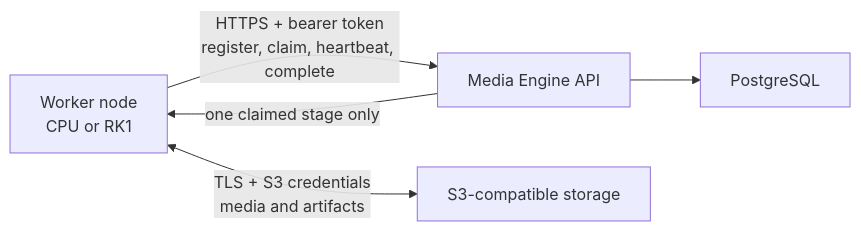
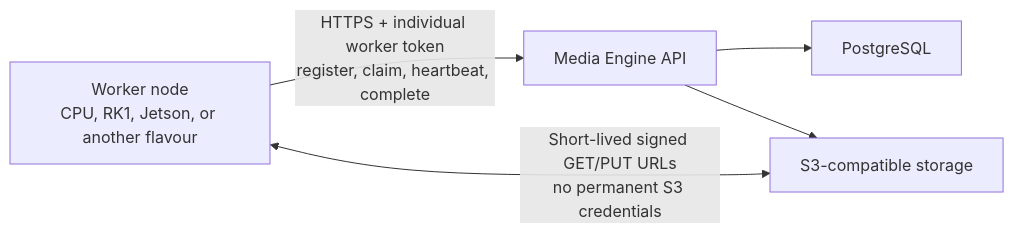
Before and after one commit to JimStroomberg/media-engine: the diagram in docs/worker-deployment.md, drawn with Mermaid. The commit also changed other lines of this file and 38 other files, not shown here.

````diff
--- a/docs/worker-deployment.md
+++ b/docs/worker-deployment.md
@@ -7,7 +7,7 @@
 ```mermaid
 flowchart LR
-    worker["Worker node<br/>CPU or RK1"] -->|"HTTPS + bearer token<br/>register, claim, heartbeat, complete"| api["Media Engine API"]
-    worker <-->|"TLS + S3 credentials<br/>media and artifacts"| s3["S3-compatible storage"]
+    worker["Worker node<br/>CPU, RK1, Jetson, or another flavour"] -->|"HTTPS + individual worker token<br/>register, claim, heartbeat, complete"| api["Media Engine API"]
+    worker <-->|"Short-lived signed GET/PUT URLs<br/>no permanent S3 credentials"| s3["S3-compatible storage"]
     api --> postgres["PostgreSQL"]
-    api -->|"one claimed stage only"| worker
+    api --> s3
 ```
````
